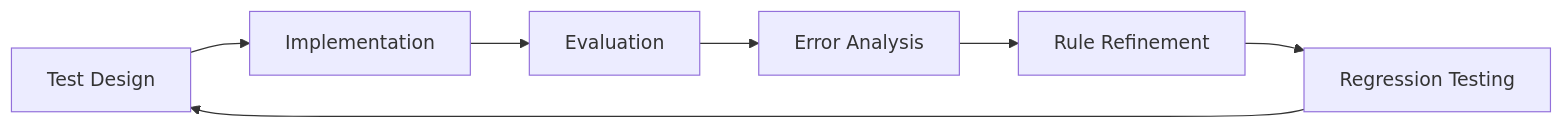
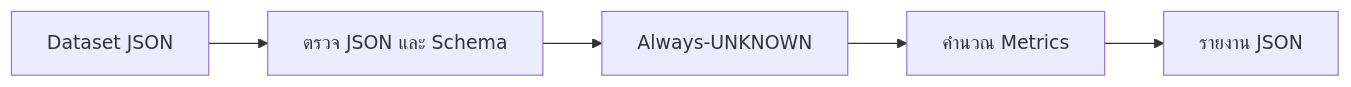
Before and after one commit to siwakon8285/thai-anti-scam-ai: the second of 2 diagrams in README.md, drawn with Mermaid. The commit also changed other lines of this file and 2 other files, not shown here.

````diff
--- a/README.md
+++ b/README.md
@@ -94,9 +42,7 @@
 ```mermaid
 flowchart LR
-    design["Test Design"] --> implementation["Implementation"]
-    implementation --> evaluation["Evaluation"]
-    evaluation --> errors["Error Analysis"]
-    errors --> refinement["Rule Refinement"]
-    refinement --> regression["Regression Testing"]
-    regression --> design
+    dataset["Dataset JSON"] --> validation["ตรวจ JSON และ Schema"]
+    validation --> predictor["Always-UNKNOWN"]
+    predictor --> metrics["คำนวณ Metrics"]
+    metrics --> report["รายงาน JSON"]
 ```
````
